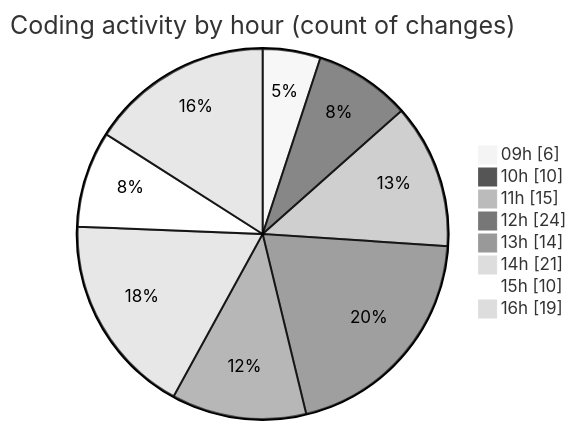
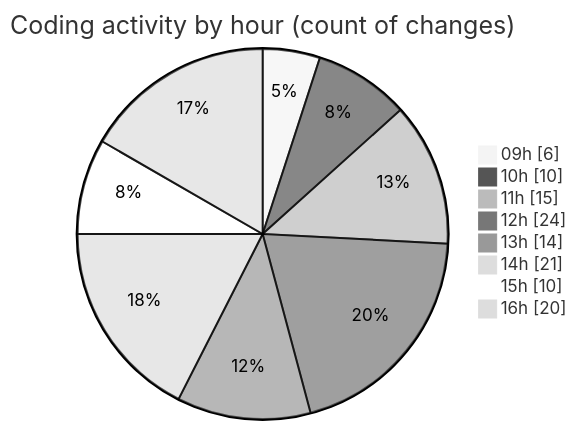
One commit to momahboobian/code-tracking changed the second of 2 diagrams in 2025-06-04/cda/README.md. Above: the diagram before and after it, drawn with Mermaid (neutral theme). The commit also changed other lines of this file and 1 other file, not shown here.

````diff
--- a/2025-06-04/cda/README.md
+++ b/2025-06-04/cda/README.md
@@ -45,12 +45,12 @@
 ```mermaid
 pie showData
 title Coding activity by hour (count of changes)
 "09h" : 6
 "10h" : 10
 "11h" : 15
 "12h" : 24
 "13h" : 14
 "14h" : 21
 "15h" : 10
-"16h" : 19
+"16h" : 20
 ```
````
